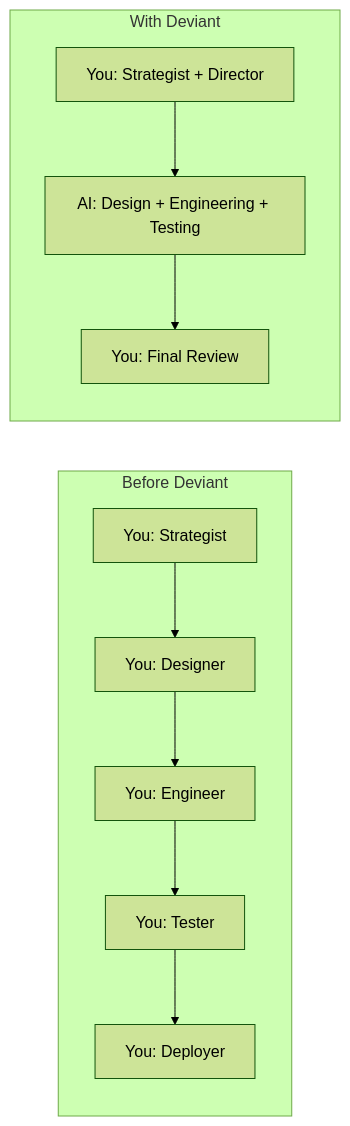
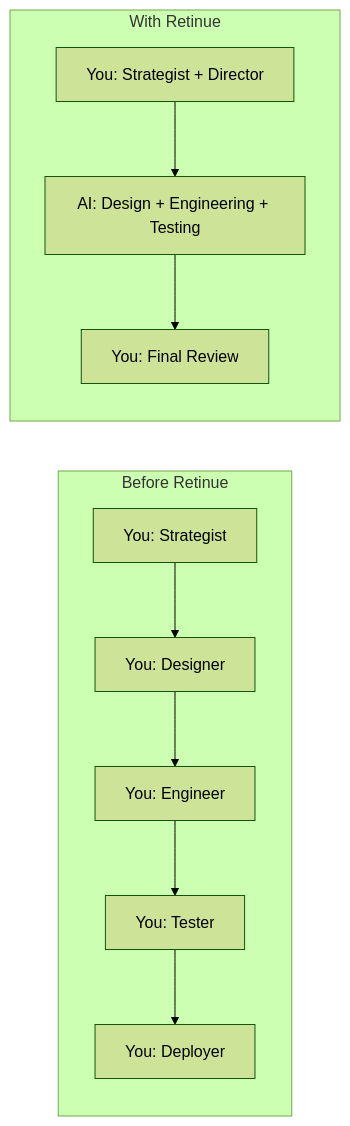
Before and after one commit to nicanor-korir/retinue: the second of 2 diagrams in docs/articles/3-use-cases/01-for-solo-founders.md, drawn with Mermaid (forest theme). The commit also changed other lines of this file and 128 other files, not shown here.

First line of the commit message:
feat(rebrand): rename Deviant/AgentGo to Retinue, rewrite docs, add shared-VPS deploy

````diff
--- a/docs/articles/3-use-cases/01-for-solo-founders.md
+++ b/docs/articles/3-use-cases/01-for-solo-founders.md
@@ -260,16 +260,16 @@
 ```mermaid
 flowchart LR
-    subgraph "Before Deviant"
+    subgraph "Before Retinue"
         A[You: Strategist] --> B[You: Designer]
         B --> C[You: Engineer]
         C --> D[You: Tester]
         D --> E[You: Deployer]
     end
 
-    subgraph "With Deviant"
+    subgraph "With Retinue"
         F[You: Strategist + Director]
         G[AI: Design + Engineering + Testing]
         F --> G
         G --> H[You: Final Review]
     end
 ```
````
